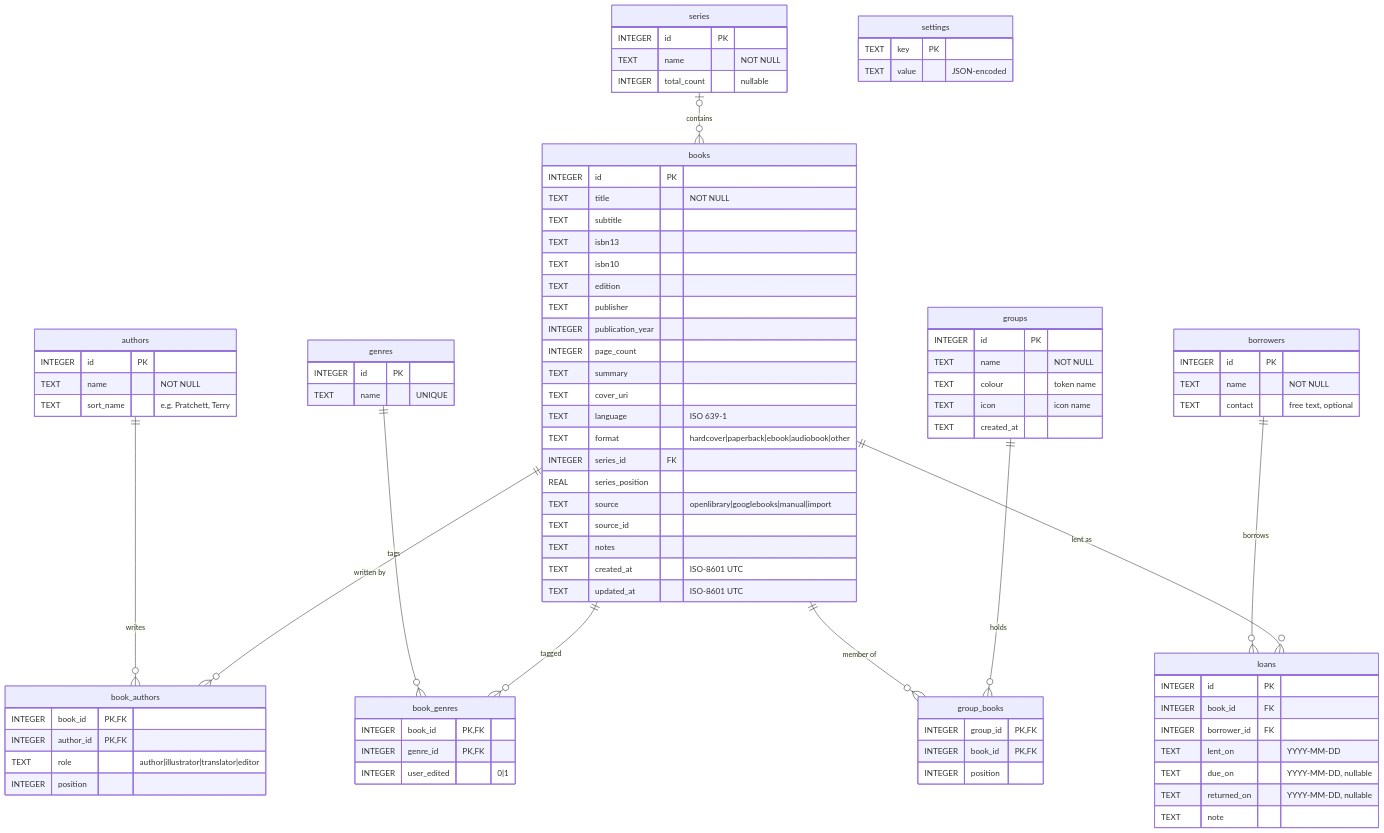
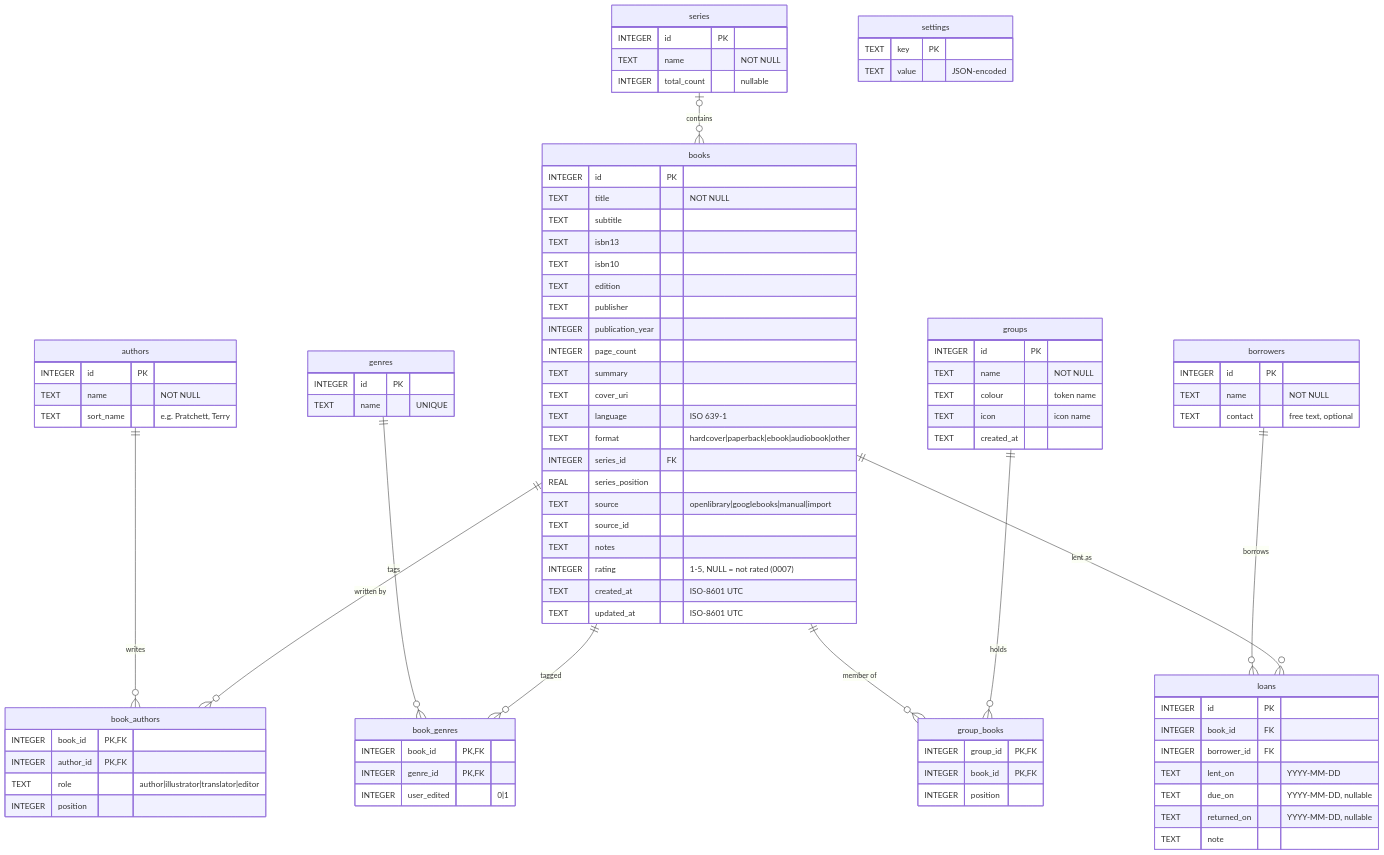
The second of 3 diagrams in PLAN.md (asorichetti/MyShelf), drawn with Mermaid before and after one commit. The commit also changed other lines of this file and 2 other files, not shown here.

```diff
--- a/PLAN.md
+++ b/PLAN.md
@@ -247,6 +247,7 @@
     TEXT source "openlibrary|googlebooks|manual|import"
     TEXT source_id
     TEXT notes
+    INTEGER rating "1-5, NULL = not rated (0007)"
     TEXT created_at "ISO-8601 UTC"
     TEXT updated_at "ISO-8601 UTC"
   }
```
